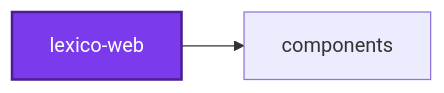
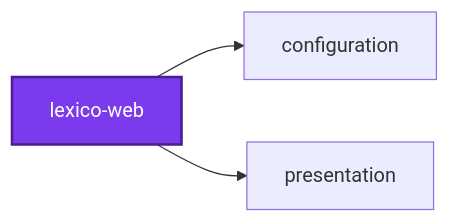
The first of 2 diagrams in projects/lexico/lexico-web/README.md (organizzolini/codebase), drawn with Mermaid before and after one commit. The commit also changed other lines of this file and 2324 other files, not shown here.

````diff
--- a/projects/lexico/lexico-web/README.md
+++ b/projects/lexico/lexico-web/README.md
@@ -371,8 +371,10 @@
 ```mermaid
 graph LR
-  components["components"]
+  configuration["configuration"]
   lexico_web["lexico-web"]
-  lexico_web --> components
+  presentation["presentation"]
+  lexico_web --> configuration
+  lexico_web --> presentation
   classDef subject fill:#7c3aed,color:#fff,stroke:#4c1d95,stroke-width:2px
   class lexico_web subject
 ```
````
